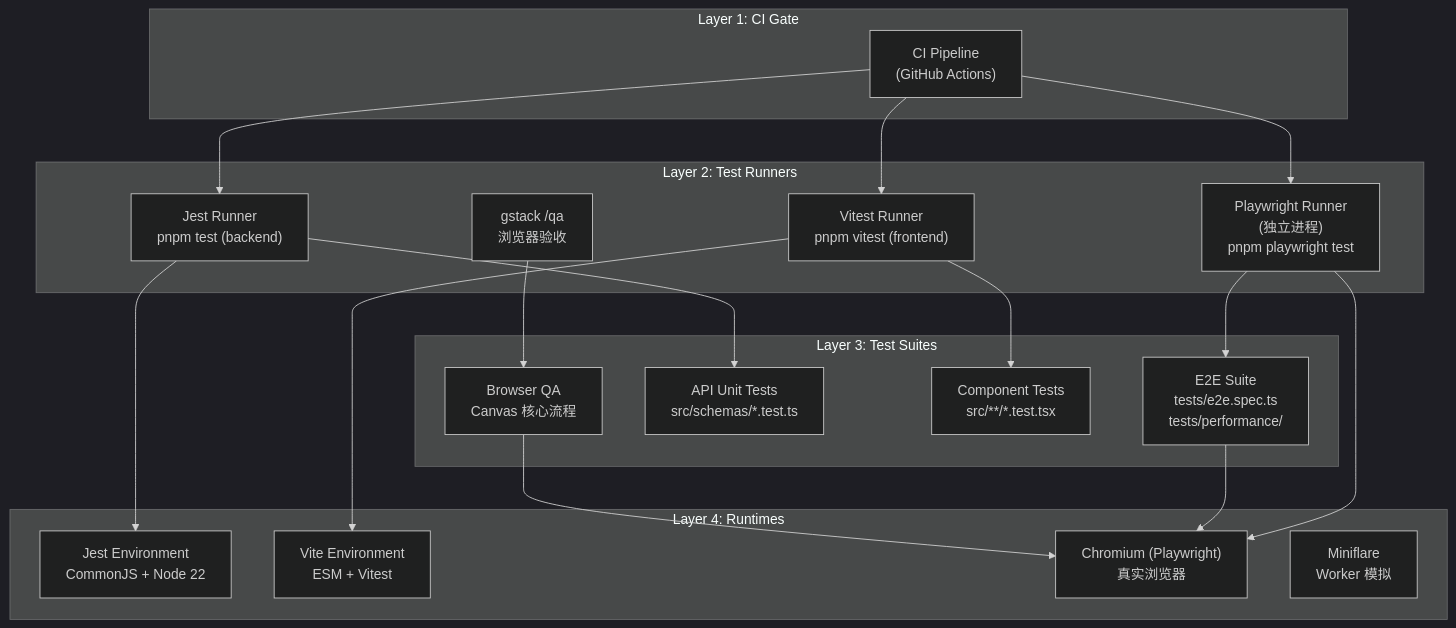
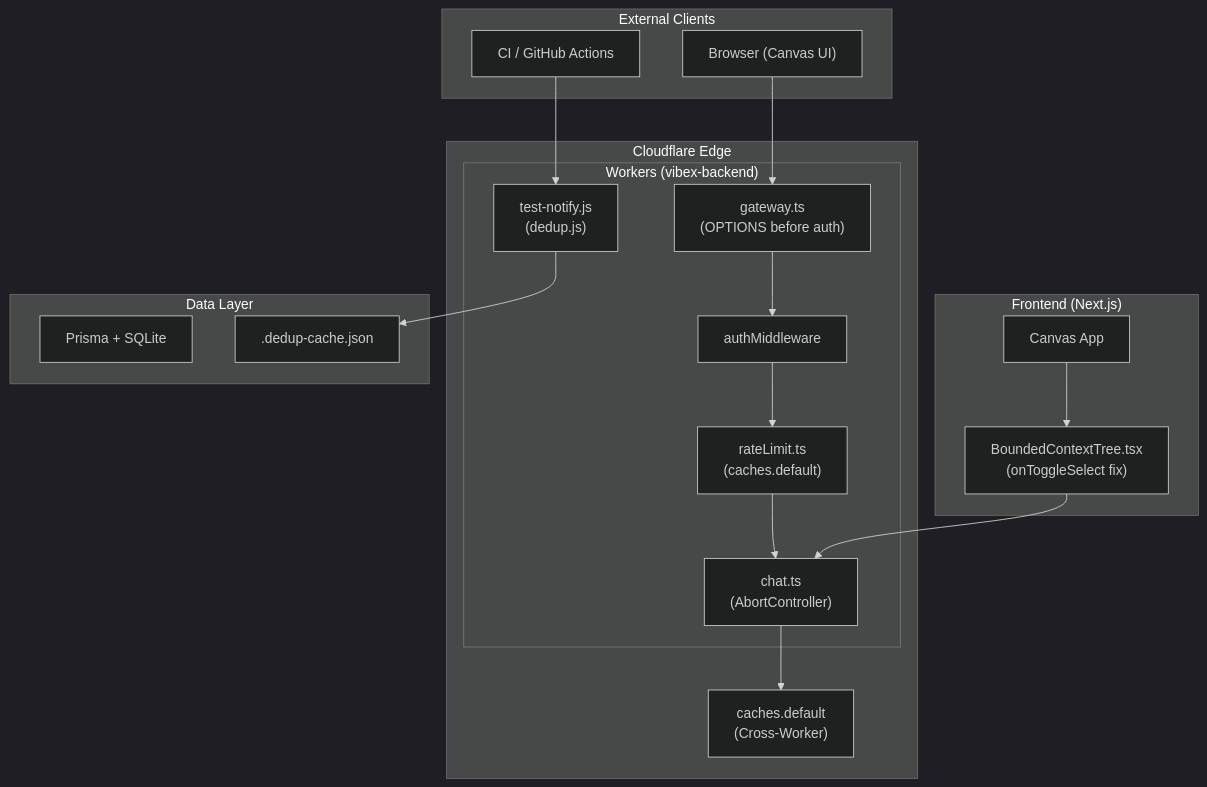
Before and after one commit to MMXC/vibex: the first of 4 diagrams in docs/vibex-tester-proposals-vibex-proposals-20260406/architecture.md, drawn with Mermaid (dark theme). The commit also changed other lines of this file and 32 other files, not shown here.

Commit message:
feat(canvas): E1 add recordSnapshot to BoundedContextTree CRUD operations

````diff
--- a/docs/vibex-tester-proposals-vibex-proposals-20260406/architecture.md
+++ b/docs/vibex-tester-proposals-vibex-proposals-20260406/architecture.md
@@ -85,44 +38,38 @@
 ```mermaid
 graph TB
-    subgraph "Layer 1: CI Gate"
-        CI["CI Pipeline<br/>(GitHub Actions)"]
+    subgraph "External Clients"
+        Browser["Browser (Canvas UI)"]
+        CI["CI / GitHub Actions"]
     end
 
-    subgraph "Layer 2: Test Runners"
-        PLAY["Playwright Runner<br/>(独立进程)<br/>pnpm playwright test"]
-        JEST["Jest Runner<br/>pnpm test (backend)"]
-        VITEST["Vitest Runner<br/>pnpm vitest (frontend)"]
-        GSTACK["gstack /qa<br/>浏览器验收"]
+    subgraph "Cloudflare Edge"
+        subgraph "Workers (vibex-backend)"
+            Gateway["gateway.ts\n(OPTIONS before auth)"]
+            Auth["authMiddleware"]
+            RateLimit["rateLimit.ts\n(caches.default)"]
+            Chat["chat.ts\n(AbortController)"]
+            Notify["test-notify.js\n(dedup.js)"]
+        end
+        CacheAPI["caches.default\n(Cross-Worker)"]
     end
 
-    subgraph "Layer 3: Test Suites"
-        E2E["E2E Suite<br/>tests/e2e.spec.ts<br/>tests/performance/"]
-        UNIT_API["API Unit Tests<br/>src/schemas/*.test.ts"]
-        UNIT_COMP["Component Tests<br/>src/**/*.test.tsx"]
-        QA_BROWSER["Browser QA<br/>Canvas 核心流程"]
+    subgraph "Frontend (Next.js)"
+        Canvas["Canvas App"]
+        BoundedContextTree["BoundedContextTree.tsx\n(onToggleSelect fix)"]
     end
 
-    subgraph "Layer 4: Runtimes"
-        JEST_ENV["Jest Environment<br/>CommonJS + Node 22"]
-        VITE_ENV["Vite Environment<br/>ESM + Vitest"]
-        CHROMIUM["Chromium (Playwright)<br/>真实浏览器"]
-        MINIFLARE["Miniflare<br/>Worker 模拟"]
+    subgraph "Data Layer"
+        PrismaDB["Prisma + SQLite"]
+        DedupCache[".dedup-cache.json"]
     end
 
-    CI --> PLAY
-    CI --> JEST
-    CI --> VITEST
-
-    PLAY --> E2E
-    PLAY --> CHROMIUM
-    E2E --> CHROMIUM
-
-    JEST --> UNIT_API
-    JEST --> JEST_ENV
-
-    VITEST --> UNIT_COMP
-    VITEST --> VITE_ENV
-
-    GSTACK --> QA_BROWSER
-    QA_BROWSER --> CHROMIUM
+    Browser --> Gateway
+    Gateway --> Auth
+    Auth --> RateLimit
+    RateLimit --> Chat
+    Chat --> CacheAPI
+    Notify --> DedupCache
+    Canvas --> BoundedContextTree
+    BoundedContextTree --> Chat
+    CI --> Notify
 ```
````
